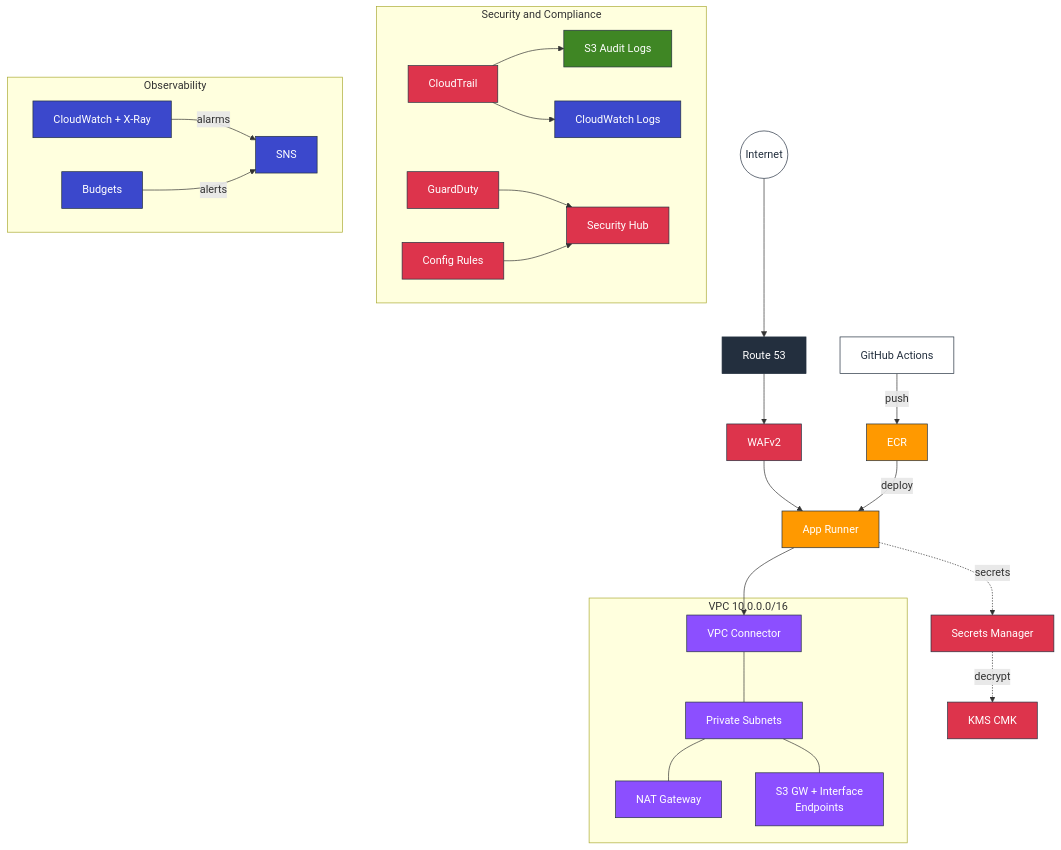
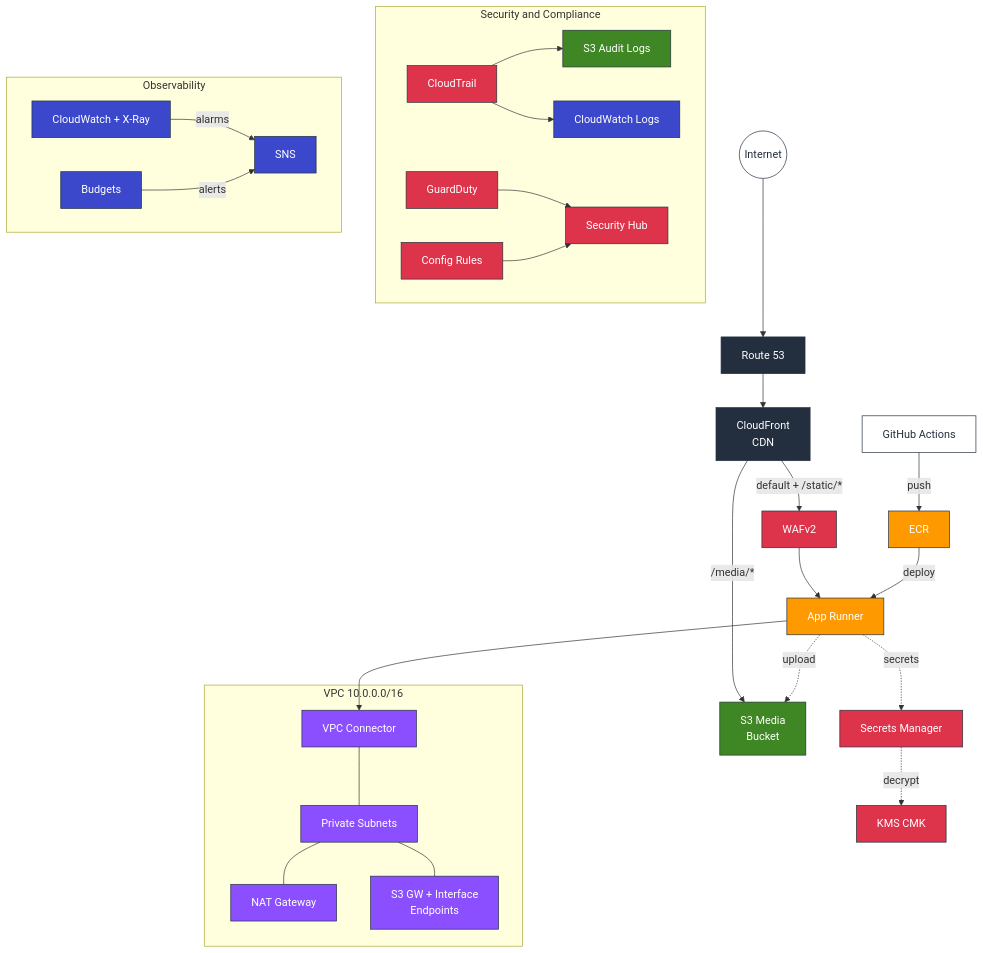
One commit to borninthedark/witness changed the first of 3 diagrams in README.md. Above: the diagram before and after it, drawn with Mermaid. The commit also changed other lines of this file and 45 other files, not shown here.

Commit message:
feat: add media CDN module, shift-left CI, and raise coverage floor to 71%

````diff
--- a/README.md
+++ b/README.md
@@ -60,36 +62,39 @@
 ```mermaid
 graph TD
     classDef edge fill:#232F3E,stroke:#232F3E,color:#fff
     classDef compute fill:#FF9900,stroke:#232F3E,color:#fff
     classDef network fill:#8C4FFF,stroke:#232F3E,color:#fff
     classDef security fill:#DD344C,stroke:#232F3E,color:#fff
     classDef observe fill:#3B48CC,stroke:#232F3E,color:#fff
     classDef storage fill:#3F8624,stroke:#232F3E,color:#fff
     classDef external fill:#fff,stroke:#232F3E,color:#232F3E
 
     USER(("Internet")):::external --> R53["Route 53"]:::edge
-    R53 --> WAF["WAFv2"]:::security --> AR["App Runner"]:::compute
+    R53 --> CF["CloudFront<br/>CDN"]:::edge
+    CF -->|/media/*| S3M["S3 Media<br/>Bucket"]:::storage
+    CF -->|default + /static/*| WAF["WAFv2"]:::security --> AR["App Runner"]:::compute
     GH["GitHub Actions"]:::external -->|push| ECR["ECR"]:::compute -->|deploy| AR
 
     AR --> VC["VPC Connector"]:::network
     subgraph VPC["VPC 10.0.0.0/16"]
         VC --- PS["Private Subnets"]:::network
         PS --- NAT["NAT Gateway"]:::network
         PS --- EP["S3 GW + Interface<br/>Endpoints"]:::network
     end
 
+    AR -.->|upload| S3M
     AR -.->|secrets| SM["Secrets Manager"]:::security
     SM -.->|decrypt| KMS["KMS CMK"]:::security
 
     subgraph sec["Security and Compliance"]
         CT["CloudTrail"]:::security --> S3L["S3 Audit Logs"]:::storage
         CT --> CWL["CloudWatch Logs"]:::observe
         GD["GuardDuty"]:::security --> SH["Security Hub"]:::security
         CFG["Config Rules"]:::security --> SH
     end
 
     subgraph obs["Observability"]
         CW["CloudWatch + X-Ray"]:::observe -->|alarms| SNS["SNS"]:::observe
         BUD["Budgets"]:::observe -->|alerts| SNS
     end
 ```
````
